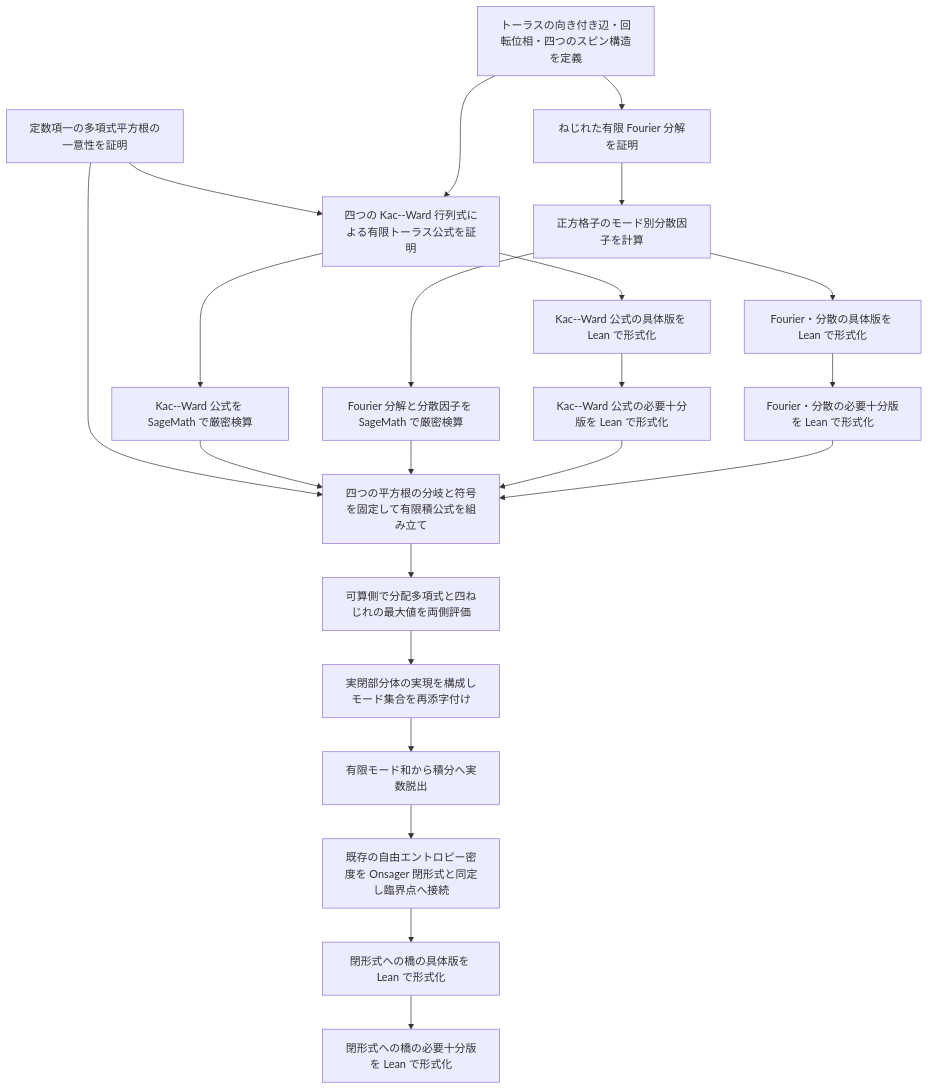
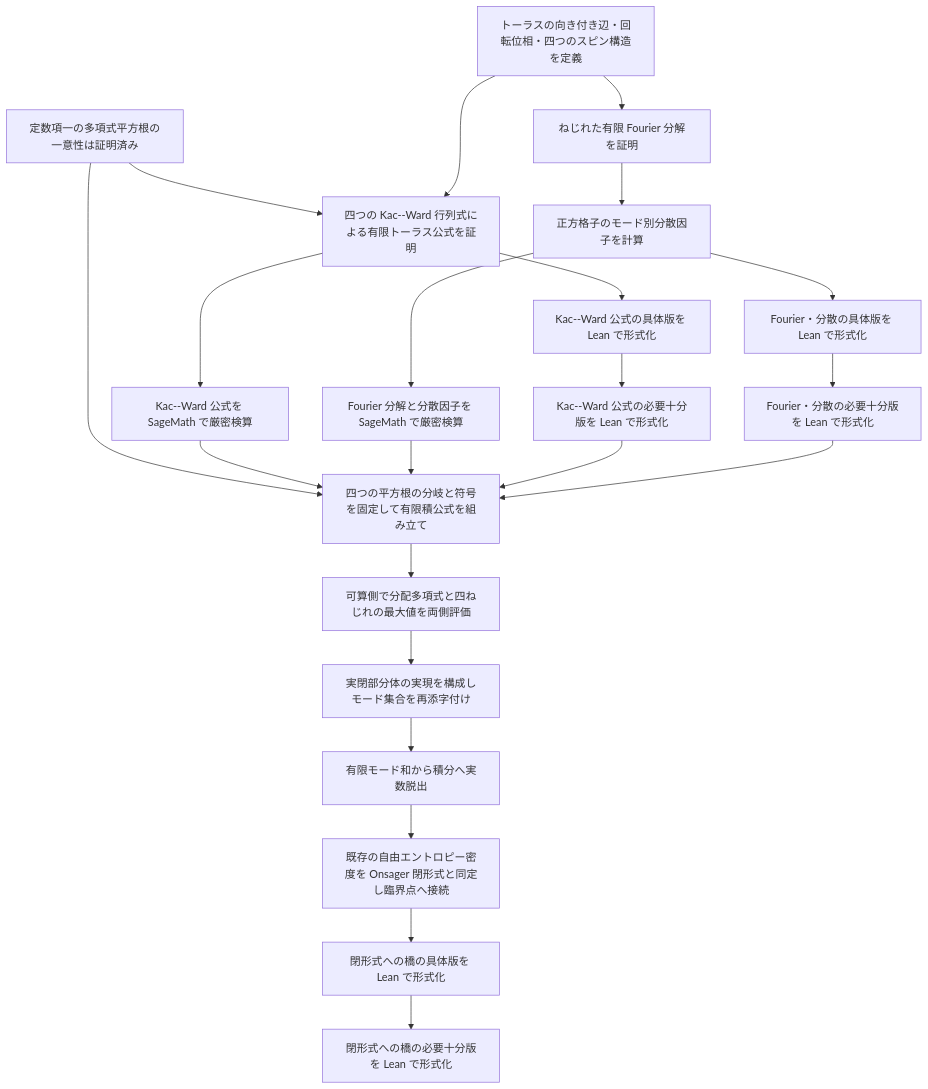
Before and after one commit to masaori/math: the diagram in exact-solution-of-2d-ising-model-lambda/docs/tasks/onsager-closed-form-connection/task-dependency-graph.md, drawn with Mermaid. The commit also changed other lines of this file and 5 other files, not shown here.

````diff
--- a/exact-solution-of-2d-ising-model-lambda/docs/tasks/onsager-closed-form-connection/task-dependency-graph.md
+++ b/exact-solution-of-2d-ising-model-lambda/docs/tasks/onsager-closed-form-connection/task-dependency-graph.md
@@ -29,25 +29,25 @@
 ```mermaid
 graph TD
-  polynomialroot[定数項一の多項式平方根の一意性を証明]
+  polynomialroot[定数項一の多項式平方根の一意性は証明済み]
   polynomialroot --> kw
   polynomialroot --> product
   data[トーラスの向き付き辺・回転位相・四つのスピン構造を定義] --> kw[四つの Kac--Ward 行列式による有限トーラス公式を証明]
   kw --> kwcheck[Kac--Ward 公式を SageMath で厳密検算]
   kw --> kwleanconcrete[Kac--Ward 公式の具体版を Lean で形式化]
   kwleanconcrete --> kwleanessential[Kac--Ward 公式の必要十分版を Lean で形式化]
   data --> fourier[ねじれた有限 Fourier 分解を証明]
   fourier --> dispersion[正方格子のモード別分散因子を計算]
   dispersion --> dispersioncheck[Fourier 分解と分散因子を SageMath で厳密検算]
   dispersion --> dispersionleanconcrete[Fourier・分散の具体版を Lean で形式化]
   dispersionleanconcrete --> dispersionleanessential[Fourier・分散の必要十分版を Lean で形式化]
   kwcheck --> product[四つの平方根の分岐と符号を固定して有限積公式を組み立て]
   dispersioncheck --> product
   kwleanessential --> product
   dispersionleanessential --> product
   product --> twists[可算側で分配多項式と四ねじれの最大値を両側評価]
   twists --> realization[実閉部分体の実現を構成しモード集合を再添字付け]
   realization --> integral[有限モード和から積分へ実数脱出]
   integral --> onsager[既存の自由エントロピー密度を Onsager 閉形式と同定し臨界点へ接続]
   onsager --> finalleanconcrete[閉形式への橋の具体版を Lean で形式化]
   finalleanconcrete --> finalleanessential[閉形式への橋の必要十分版を Lean で形式化]
 ```
````
